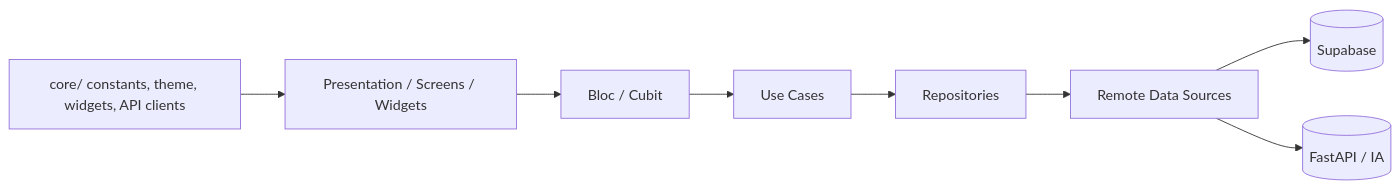
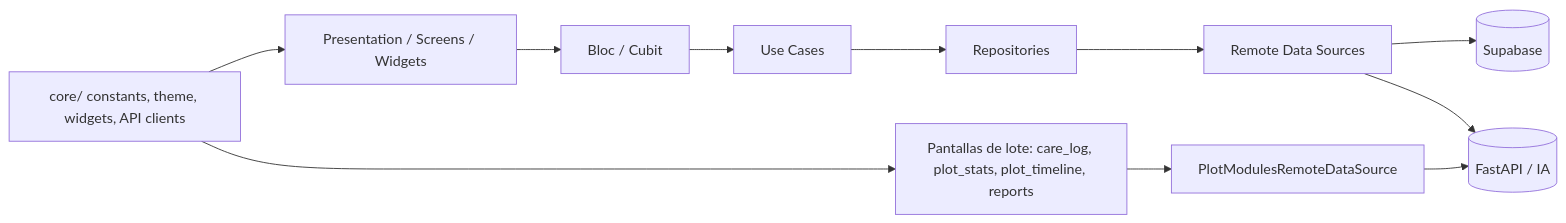
The first of 3 diagrams in cropguard/PROJECT_CONTEXT.md (CaletOrtiz/front_cropguard), drawn with Mermaid before and after one commit. The commit also changed other lines of this file and 58 other files, not shown here.

````diff
--- a/cropguard/PROJECT_CONTEXT.md
+++ b/cropguard/PROJECT_CONTEXT.md
@@ -105,10 +138,13 @@
 ```mermaid
 flowchart LR
   UI[Presentation / Screens / Widgets] --> BLoC[Bloc / Cubit]
   BLoC --> UC[Use Cases]
   UC --> Repo[Repositories]
   Repo --> DS[Remote Data Sources]
   DS --> Supabase[(Supabase)]
   DS --> FastAPI[(FastAPI / IA)]
+  PlotUI[Pantallas de lote: care_log, plot_stats, plot_timeline, reports] --> PMDS[PlotModulesRemoteDataSource]
+  PMDS --> FastAPI
   Core[core/ constants, theme, widgets, API clients] --> UI
+  Core --> PlotUI
 ```
````
